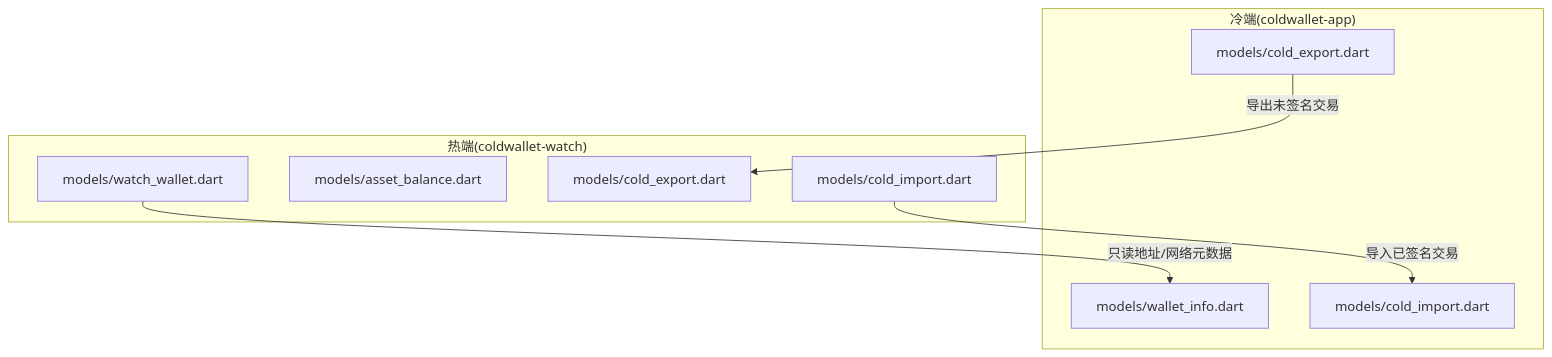
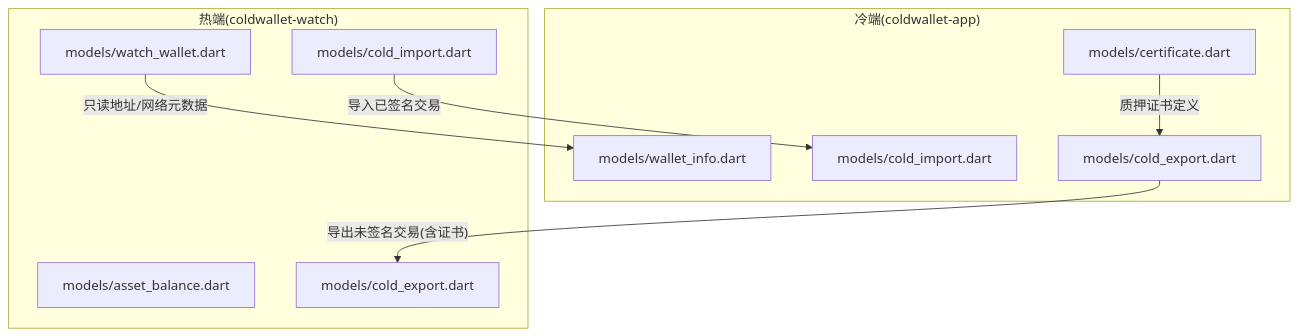
The first of 8 diagrams in .qoder/repowiki/zh/content/数据模型.md (EqualToEthan/stasis), drawn with Mermaid before and after one commit. The commit also changed other lines of this file and 40 other files, not shown here.

````diff
--- a/.qoder/repowiki/zh/content/数据模型.md
+++ b/.qoder/repowiki/zh/content/数据模型.md
@@ -44,17 +54,19 @@
 ```mermaid
 graph TB
 subgraph "冷端(coldwallet-app)"
 A["models/wallet_info.dart"]
 B["models/cold_export.dart"]
 C["models/cold_import.dart"]
+D["models/certificate.dart"]
 end
 subgraph "热端(coldwallet-watch)"
-D["models/watch_wallet.dart"]
-E["models/asset_balance.dart"]
-F["models/cold_export.dart"]
-G["models/cold_import.dart"]
+E["models/watch_wallet.dart"]
+F["models/asset_balance.dart"]
+G["models/cold_export.dart"]
+H["models/cold_import.dart"]
 end
-B --> |"导出未签名交易"| F
-G --> |"导入已签名交易"| C
-D --> |"只读地址/网络元数据"| A
+B --> |"导出未签名交易(含证书)"| G
+H --> |"导入已签名交易"| C
+E --> |"只读地址/网络元数据"| A
+D --> |"质押证书定义"| B
 ```
````
